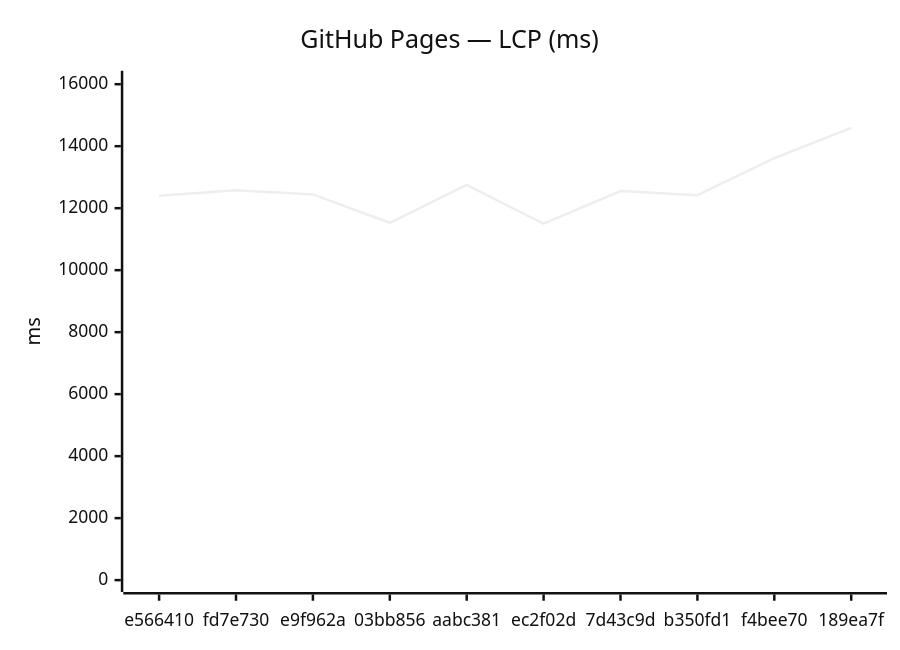
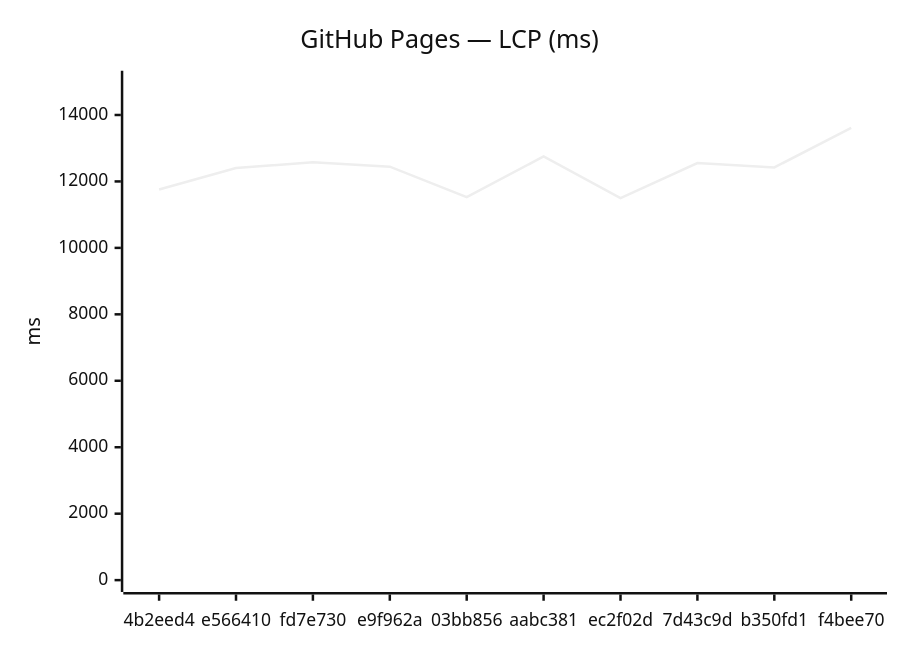
Before and after one commit to Metaheurist/Rianell: the third of 18 diagrams in benchmarks/compare.md, drawn with Mermaid (neutral theme). The commit also changed other lines of this file and 11 other files, not shown here.

````diff
--- a/benchmarks/compare.md
+++ b/benchmarks/compare.md
@@ -54,7 +54,7 @@
 ```mermaid
 xychart-beta
     title "GitHub Pages — LCP (ms)"
-    x-axis ["e566410", "fd7e730", "e9f962a", "03bb856", "aabc381", "ec2f02d", "7d43c9d", "b350fd1", "f4bee70", "189ea7f"]
-    y-axis "ms" 0 --> 16051
-    line [12402, 12580, 12444, 11529, 12751, 11500, 12552, 12421, 13612, 14591]
+    x-axis ["4b2eed4", "e566410", "fd7e730", "e9f962a", "03bb856", "aabc381", "ec2f02d", "7d43c9d", "b350fd1", "f4bee70"]
+    y-axis "ms" 0 --> 14974
+    line [11759, 12402, 12580, 12444, 11529, 12751, 11500, 12552, 12421, 13612]
 ```
````
